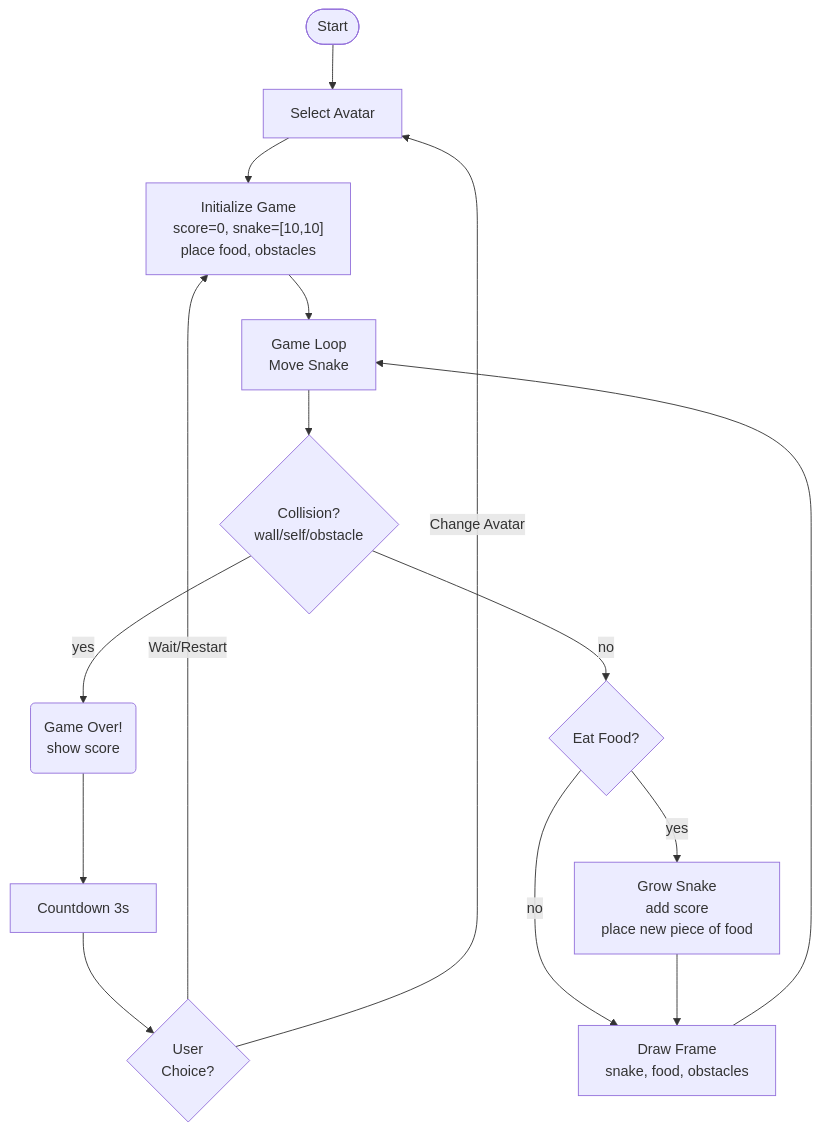
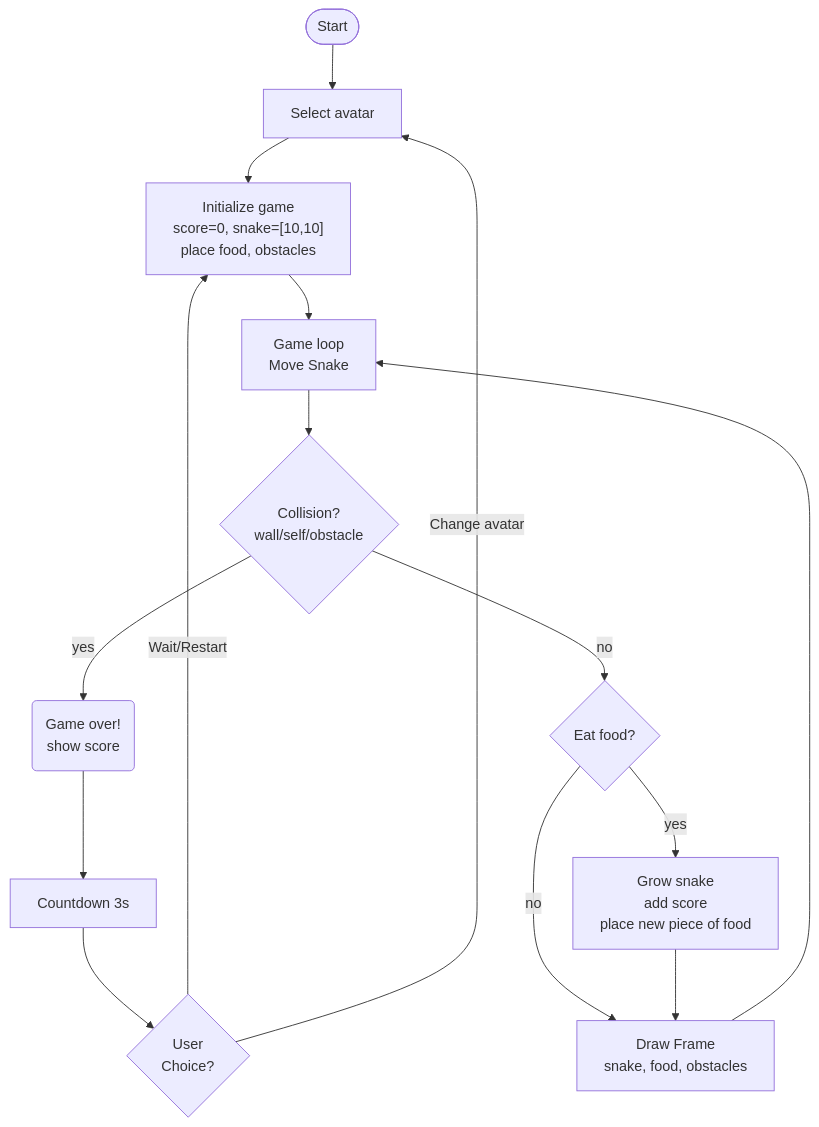
Before and after one commit to walterdn03/MAInD-Creative-Coding-Foundations-2025: the diagram in assignments/assignments 02/assets/README.md, drawn with Mermaid. The commit also changed other lines of this file, not shown here.

````diff
--- a/assignments/assignments 02/assets/README.md
+++ b/assignments/assignments 02/assets/README.md
@@ -40,24 +40,24 @@
 ```mermaid
 ---
 config:
 theme: redux
 layout: dagre
 ---
 flowchart TB
-Start(["Start"]) --> SelectAvatar["Select Avatar"]
-SelectAvatar --> InitGame["Initialize Game<br>score=0, snake=[10,10]<br>place food, obstacles"]
-InitGame --> GameLoop["Game Loop<br>Move Snake"]
+Start(["Start"]) --> SelectAvatar["Select avatar"]
+SelectAvatar --> InitGame["Initialize game<br>score=0, snake=[10,10]<br>place food, obstacles"]
+InitGame --> GameLoop["Game loop<br>Move Snake"]
 GameLoop --> Collision{"Collision?<br>wall/self/obstacle"}
-Collision -- yes --> GameOver["Game Over!<br>show score"]
-Collision -- no --> FoodCheck{"Eat Food?"}
-FoodCheck -- yes --> GrowSnake["Grow Snake<br>add score<br>place new piece of food"]
+Collision -- yes --> GameOver["Game over!<br>show score"]
+Collision -- no --> FoodCheck{"Eat food?"}
+FoodCheck -- yes --> GrowSnake["Grow snake<br>add score<br>place new piece of food"]
 FoodCheck -- no --> Draw["Draw Frame<br>snake, food, obstacles"]
 GrowSnake --> Draw
 Draw --> GameLoop
 GameOver --> Countdown["Countdown 3s"]
 Countdown --> UserChoice{"User <br>Choice?"}
 UserChoice -- Wait/Restart --> InitGame
-UserChoice -- Change Avatar --> SelectAvatar
+UserChoice -- Change avatar --> SelectAvatar
 GameOver@{ shape: rounded}
 
 ```
````
